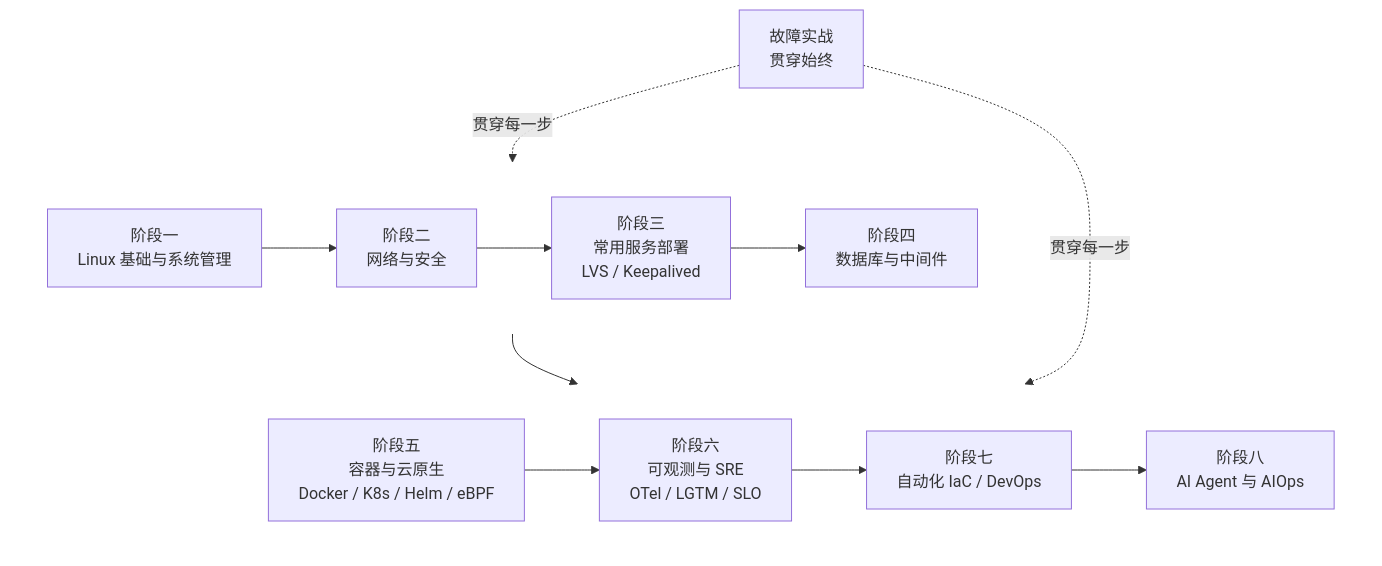
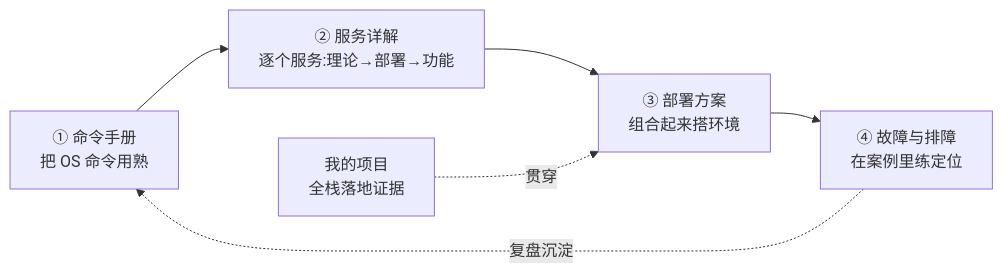
The diagram in docs/roadmap.md (zlmggg/static-blog), drawn with Mermaid before and after one commit. The commit also changed other lines of this file and 889 other files, not shown here.

````diff
--- a/docs/roadmap.md
+++ b/docs/roadmap.md
@@ -9,18 +13,8 @@
 ```mermaid
-flowchart TB
-    OPS["故障实战<br>贯穿始终"]
-    subgraph R1 [ ]
-        direction LR
-        S1["阶段一<br>Linux 基础与系统管理"] --> S2["阶段二<br>网络与安全"] --> S3["阶段三<br>常用服务部署<br>LVS / Keepalived"] --> S4["阶段四<br>数据库与中间件"]
-    end
-    subgraph R2 [ ]
-        direction LR
-        S5["阶段五<br>容器与云原生<br>Docker / K8s / Helm / eBPF"] --> S6["阶段六<br>可观测与 SRE<br>OTel / LGTM / SLO"] --> S7["阶段七<br>自动化 IaC / DevOps"] --> S8["阶段八<br>AI Agent 与 AIOps"]
-    end
-    R1 --> R2
-    OPS -. 贯穿每一步 .-> R1
-    OPS -. 贯穿每一步 .-> R2
-
-    style R1 fill:none,stroke:none
-    style R2 fill:none,stroke:none
+flowchart LR
+    S1["① 命令手册<br/>把 OS 命令用熟"] --> S2["② 服务详解<br/>逐个服务:理论→部署→功能"]
+    S2 --> S3["③ 部署方案<br/>组合起来搭环境"]
+    S3 --> S4["④ 故障与排障<br/>在案例里练定位"]
+    S4 -. 复盘沉淀 .-> S1
+    P["我的项目<br/>全栈落地证据"] -. 贯穿 .-> S3
 ```
````
